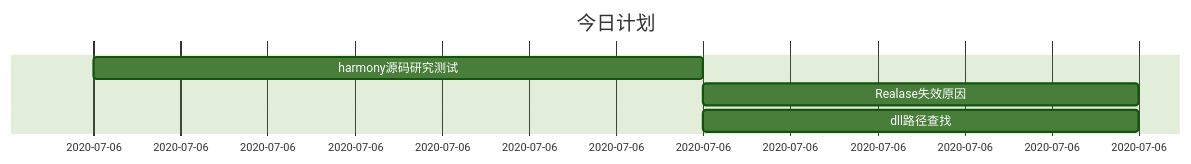
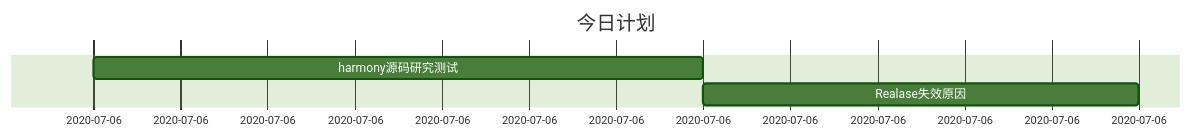
Before and after one commit to luotianqi777/Notebook: the second of 2 diagrams in Plan.md, drawn with Mermaid (forest theme). The commit also changed other lines of this file and 1 other file, not shown here.

````diff
--- a/Plan.md
+++ b/Plan.md
@@ -20,8 +20,7 @@
 ```mermaid
 gantt
 dateFormat  HH:mm
 title 今日计划
 harmony源码研究测试: 09:00,16:00
 Realase失效原因: 16:00,21:00
-dll路径查找: 16:00,21:00
 ```
````
